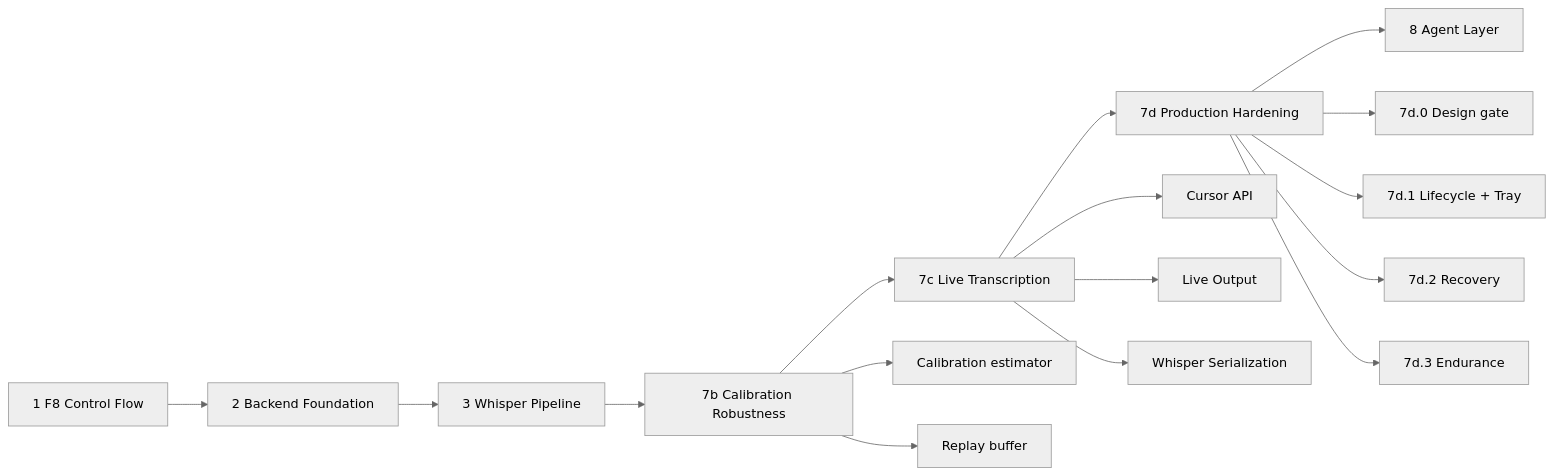
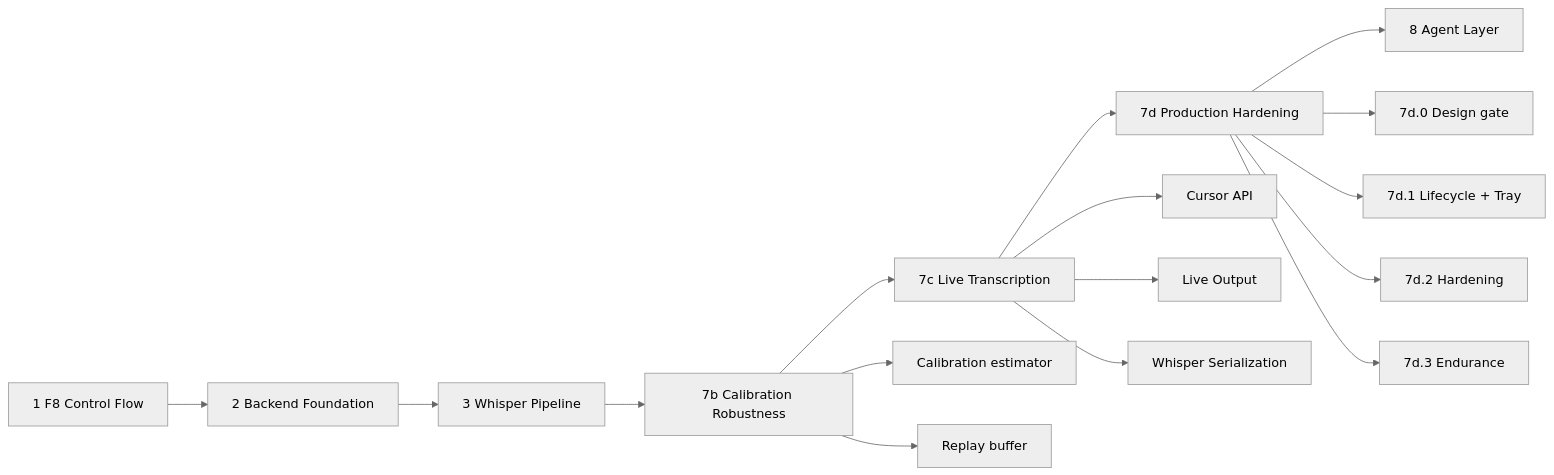
One commit to skyrim1392-design/Version2 changed the diagram in docs/PROGRESS.md. Above: the diagram before and after it, drawn with Mermaid (neutral theme). The commit also changed other lines of this file and 12 other files, not shown here.

````diff
--- a/docs/PROGRESS.md
+++ b/docs/PROGRESS.md
@@ -7,21 +7,21 @@
 ```mermaid
 flowchart LR
 A[1 F8 Control Flow] --> B[2 Backend Foundation]
 B --> C[3 Whisper Pipeline]
 C --> D[7b Calibration Robustness]
 D --> E[7c Live Transcription]
 E --> F[7d Production Hardening]
 F --> G[8 Agent Layer]
 
 D --> D1[Calibration estimator]
 D --> D2[Replay buffer]
 
 E --> E1[Cursor API]
 E --> E2[Live Output]
 E --> E3[Whisper Serialization]
 
 F --> F1[7d.0 Design gate]
 F --> F2[7d.1 Lifecycle + Tray]
-F --> F3[7d.2 Recovery]
+F --> F3[7d.2 Hardening]
 F --> F4[7d.3 Endurance]
 ```
````
